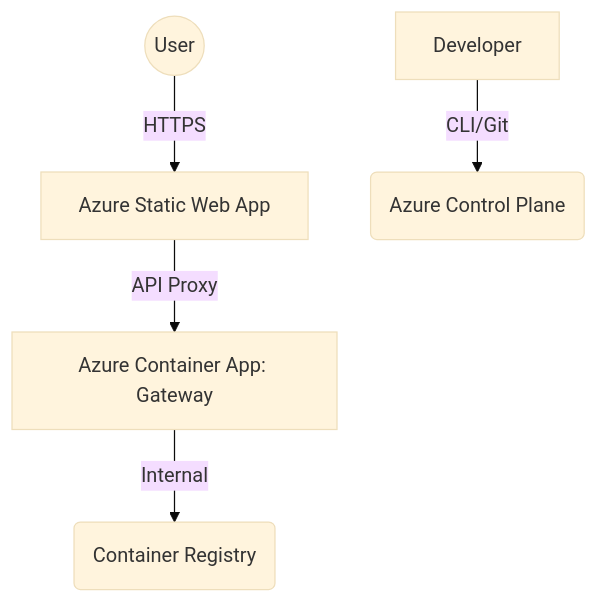
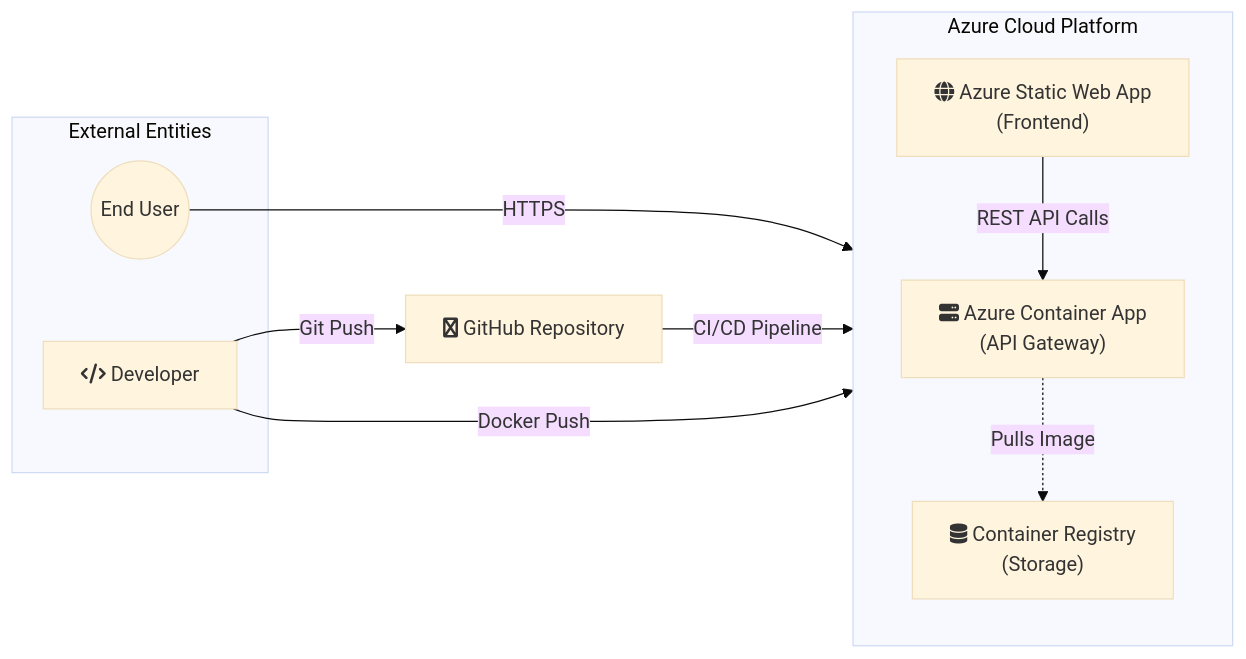
The diagram in README.md (IsaraSE/CTSE-Lab07), drawn with Mermaid (base theme) before and after one commit. The commit also changed other lines of this file, not shown here.

Commit message:
style: enhance system architecture diagram with subgraphs and Left-to-Right flow

````diff
--- a/README.md
+++ b/README.md
@@ -16,7 +16,21 @@
 ```mermaid
-graph TD
-    User((User)) -->|HTTPS| Frontend[Azure Static Web App]
-    Frontend -->|API Proxy| Gateway[Azure Container App: Gateway]
-    Gateway -->|Internal| Storage(Container Registry)
-    Developer -->|CLI/Git| Cloud(Azure Control Plane)
+graph LR
+    subgraph "External Entities"
+        User((End User))
+        Dev["fa:fa-code Developer"]
+    end
+
+    subgraph "Azure Cloud Platform"
+        direction TB
+        SWA["fa:fa-globe Azure Static Web App<br/>(Frontend)"]
+        ACA["fa:fa-server Azure Container App<br/>(API Gateway)"]
+        ACR["fa:fa-database Container Registry<br/>(Storage)"]
+    end
+
+    User -->|HTTPS| SWA
+    SWA -->|REST API Calls| ACA
+    ACA -.->|Pulls Image| ACR
+    Dev -->|Git Push| GitHub["fa:fa-github GitHub Repository"]
+    GitHub -->|CI/CD Pipeline| SWA
+    Dev -->|Docker Push| ACR
 ```
````
